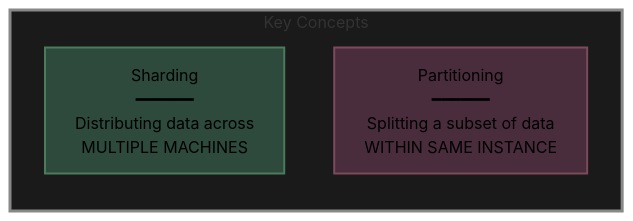
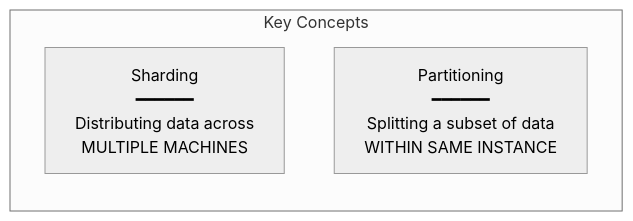
Before and after one commit to Yash-Kavaiya/The-System-Design-Masterclass: the first of 21 diagrams in system design beginner/8. Sharding and Partitioning.md, drawn with Mermaid (neutral theme). The commit also changed other lines of this file, not shown here.

````diff
--- a/system design beginner/8. Sharding and Partitioning.md
+++ b/system design beginner/8. Sharding and Partitioning.md
@@ -5,12 +5,9 @@
 ```mermaid
 graph LR
     subgraph Concepts["Key Concepts"]
         SHARD[Sharding<br/>━━━━━━<br/>Distributing data across<br/>MULTIPLE MACHINES]
         
         PART[Partitioning<br/>━━━━━━<br/>Splitting a subset of data<br/>WITHIN SAME INSTANCE]
     end
     
-    style Concepts fill:#1a1a1a,stroke:#888,stroke-width:3px
-    style SHARD fill:#2d4a3c,stroke:#4a7c5c,stroke-width:2px
-    style PART fill:#4a2d3c,stroke:#7c4a5c,stroke-width:2px
 ```
````
